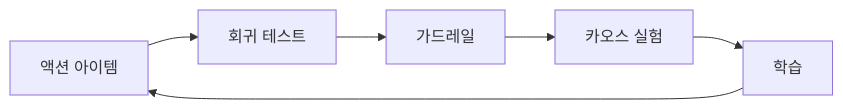
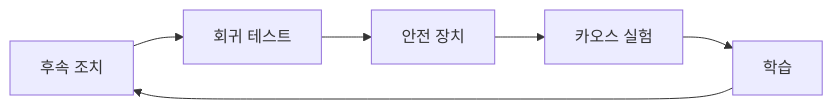
Before and after one commit to yeongseon-books/book-content: the diagram in content/incident-response-101/ko/09-prevention.md, drawn with Mermaid. The commit also changed other lines of this file and 9 other files, not shown here.

````diff
--- a/content/incident-response-101/ko/09-prevention.md
+++ b/content/incident-response-101/ko/09-prevention.md
@@ -57,8 +49,8 @@
 ```mermaid
 flowchart LR
-    Action["액션 아이템"] --> Test["회귀 테스트"]
-    Test --> Guard["가드레일"]
+    Action["후속 조치"] --> Test["회귀 테스트"]
+    Test --> Guard["안전 장치"]
     Guard --> Chaos["카오스 실험"]
     Chaos --> Learn["학습"]
     Learn --> Action
 ```
````
